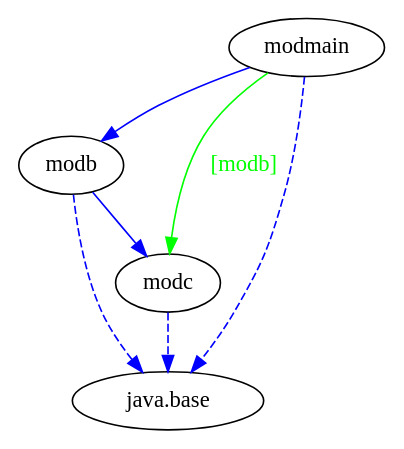
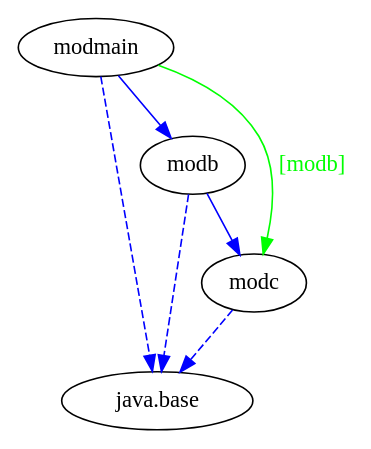
One commit to accso/java9-jigsaw-examples changed the diagram in jigsaw-examples/example_resources/moduledependencies.dot. Above: the diagram before and after it, drawn with Graphviz. The commit also changed 18 other files, not shown here.

```diff
--- a/jigsaw-examples/example_resources/moduledependencies.dot
+++ b/jigsaw-examples/example_resources/moduledependencies.dot
@@ -1,13 +1,13 @@
-# Created by depvis.JigsawDepVisualizer on Tue Oct 10 15:14:37 CEST 2017
+# Created by depvis.JigsawDepVisualizer on Wed Oct 11 14:28:26 CEST 2017
 digraph Java9_Dependency_Visualizer {
+modmain[fontname="Consolas",shape="ellipse",label="modmain"];
 modb[fontname="Consolas",shape="ellipse",label="modb"];
+java_base[fontname="Consolas",shape="ellipse",label="java.base"];
 modc[fontname="Consolas",shape="ellipse",label="modc"];
-java_base[fontname="Consolas",shape="ellipse",label="java.base"];
-modmain[fontname="Consolas",shape="ellipse",label="modmain"];
-modb -> modc[color="#0000ff",fontname="Consolas",fontcolor="#0000ff",weight="8"]
-modb -> java_base[color="#0000ff",fontname="Consolas",fontcolor="#0000ff",style="dashed",weight="16"]
 modmain -> modb[color="#0000ff",fontname="Consolas",fontcolor="#0000ff",weight="8"]
 modmain -> java_base[color="#0000ff",fontname="Consolas",fontcolor="#0000ff",style="dashed",weight="16"]
 modmain -> modc[color="#00ff00",fontname="Consolas",fontcolor="#00ff00",weight="4",label="[modb]"]
+modb -> modc[color="#0000ff",fontname="Consolas",fontcolor="#0000ff",weight="8"]
+modb -> java_base[color="#0000ff",fontname="Consolas",fontcolor="#0000ff",style="dashed",weight="16"]
 modc -> java_base[color="#0000ff",fontname="Consolas",fontcolor="#0000ff",style="dashed",weight="16"]
 }
```
